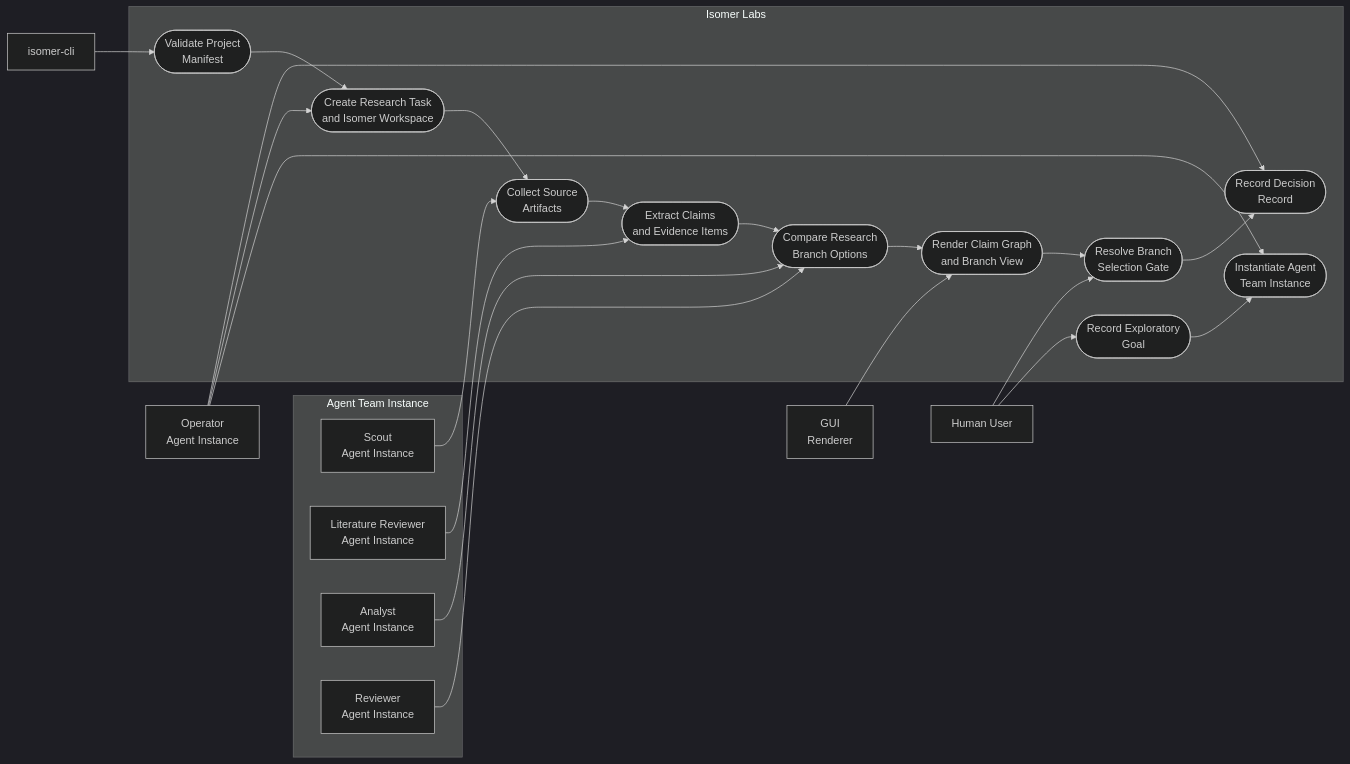
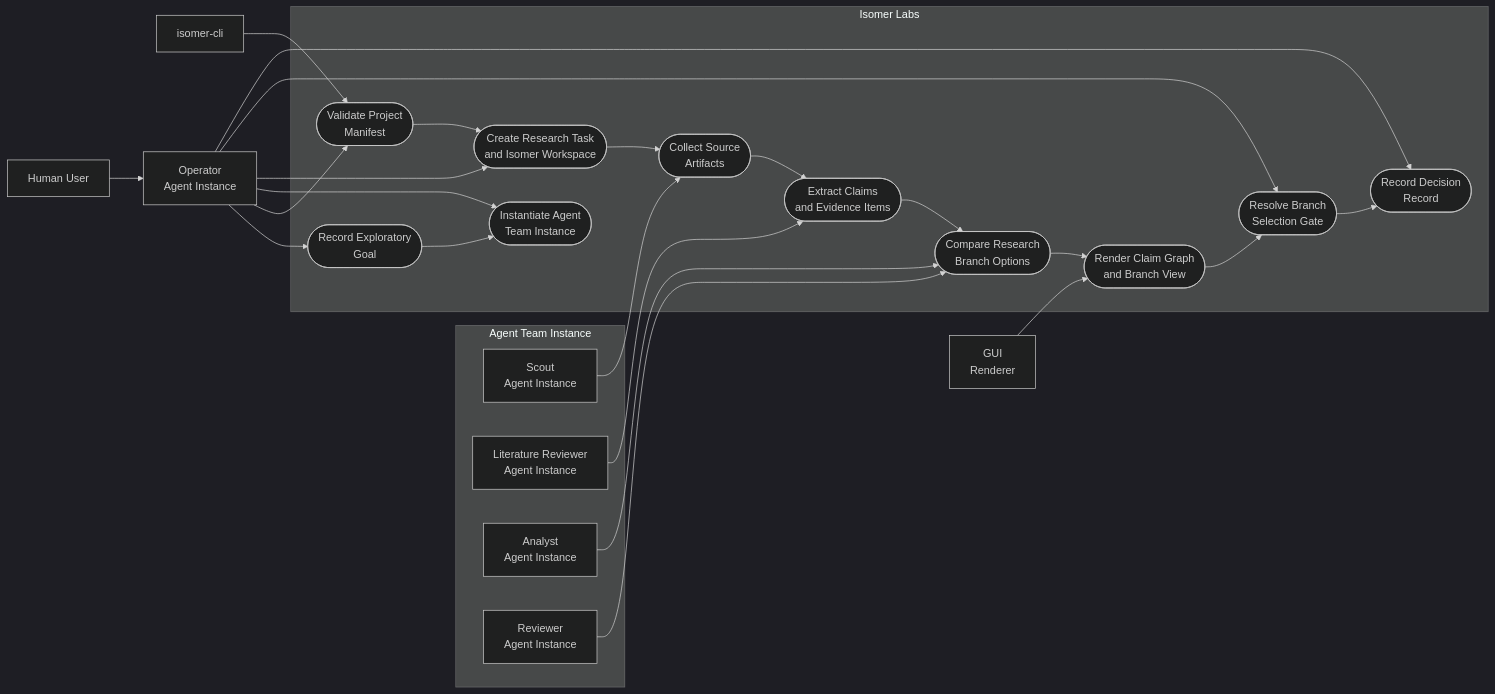
One commit to CodeGandee/isomer-labs changed the first of 2 diagrams in .imsight-arts/project-explore/use-cases/uc-01-explore-new-research-direction.md. Above: the diagram before and after it, drawn with Mermaid (dark theme). The commit also changed other lines of this file and 4 other files, not shown here.

````diff
--- a/.imsight-arts/project-explore/use-cases/uc-01-explore-new-research-direction.md
+++ b/.imsight-arts/project-explore/use-cases/uc-01-explore-new-research-direction.md
@@ -30,48 +30,50 @@
 ```mermaid
 flowchart LR
   User[Human User]
   CLI[isomer-cli]
   Operator["Operator<br/>Agent Instance"]
   GUI["GUI<br/>Renderer"]
 
   subgraph TeamInstance["Agent Team Instance"]
     Scout["Scout<br/>Agent Instance"]
     Literature["Literature Reviewer<br/>Agent Instance"]
     Analyst["Analyst<br/>Agent Instance"]
     Reviewer["Reviewer<br/>Agent Instance"]
   end
 
   subgraph Isomer["Isomer Labs"]
     UC1([Record Exploratory<br/>Goal])
     UC2([Validate Project<br/>Manifest])
     UC3([Instantiate Agent<br/>Team Instance])
     UC4([Create Research Task<br/>and Isomer Workspace])
     UC5([Collect Source<br/>Artifacts])
     UC6([Extract Claims<br/>and Evidence Items])
     UC7([Compare Research<br/>Branch Options])
     UC8([Render Claim Graph<br/>and Branch View])
     UC9([Resolve Branch<br/>Selection Gate])
     UC10([Record Decision<br/>Record])
   end
 
-  User --> UC1
+  User --> Operator
   CLI --> UC2
+  Operator --> UC1
+  Operator --> UC2
   Operator --> UC3
   Operator --> UC4
   Scout --> UC5
   Literature --> UC6
   Analyst --> UC7
   Reviewer --> UC7
   GUI --> UC8
-  User --> UC9
+  Operator --> UC9
   Operator --> UC10
 
   UC1 --> UC3
   UC2 --> UC4
   UC4 --> UC5
   UC5 --> UC6
   UC6 --> UC7
   UC7 --> UC8
   UC8 --> UC9
   UC9 --> UC10
 ```
````
